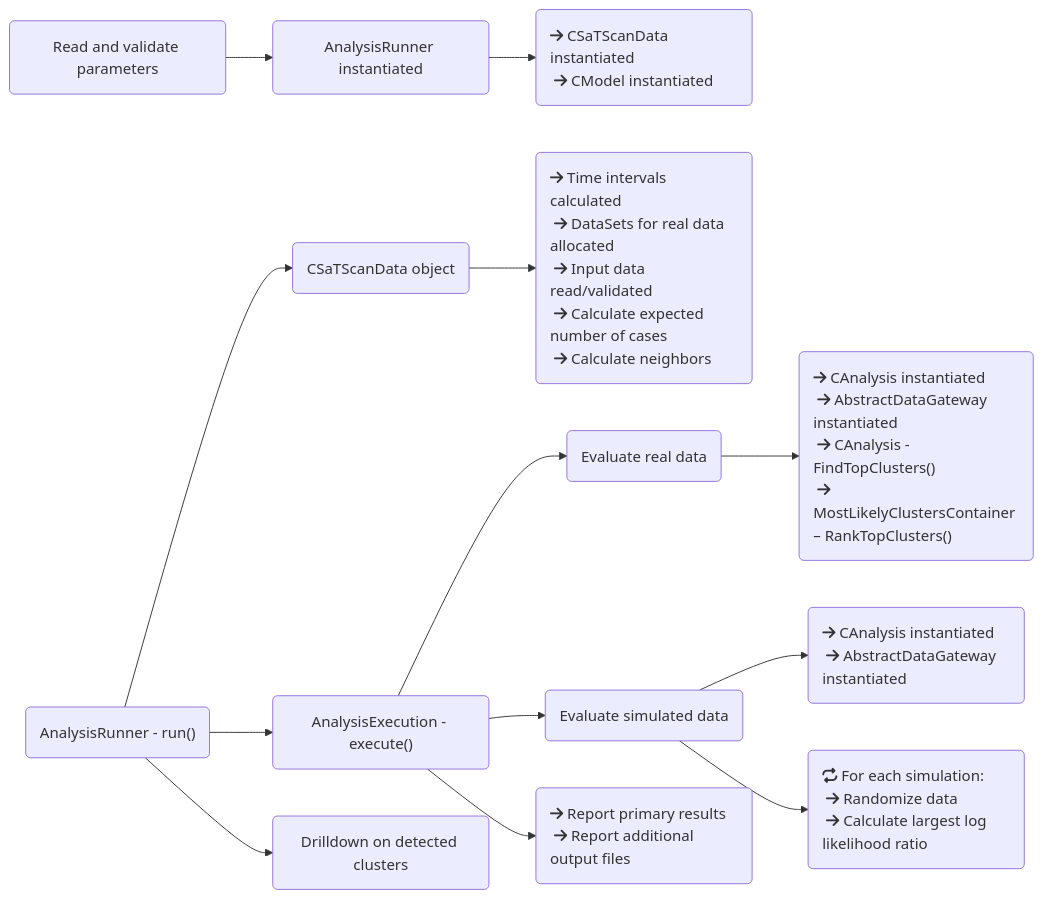
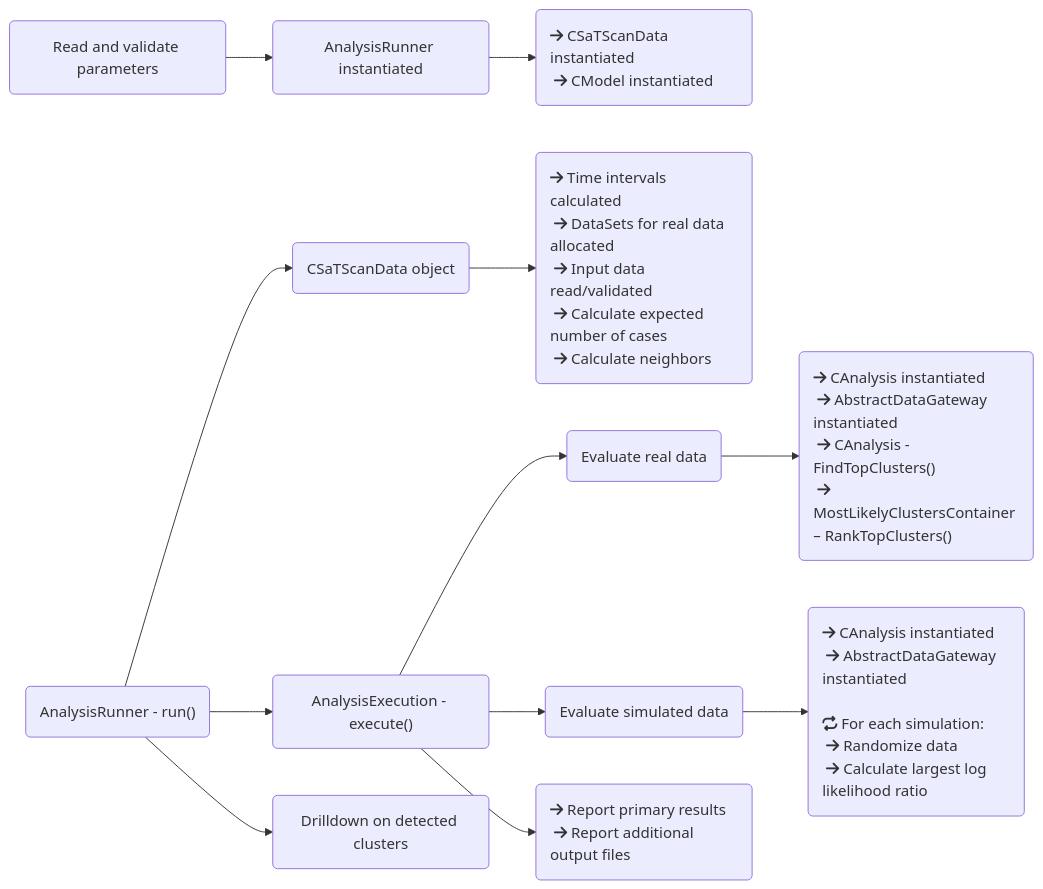
Before and after one commit to scanstatistics/satscan: the second of 2 diagrams in architectural.md, drawn with Mermaid.

Commit message:
#66618 - revised flowchart

````diff
--- a/architectural.md
+++ b/architectural.md
@@ -262,21 +262,18 @@
 ```mermaid
 flowchart LR
     id1(Read and validate parameters) --> id2(AnalysisRunner instantiated) --> id3("fa:fa-arrow-right CSaTScanData instantiated<br> fa:fa-arrow-right CModel instantiated")
     id5("AnalysisRunner -  run()") --> id6(CSaTScanData object) --> id7(fa:fa-arrow-right Time intervals calculated<br> fa:fa-arrow-right DataSets for real data allocated<br> fa:fa-arrow-right Input data read/validated<br> fa:fa-arrow-right Calculate expected number of cases<br> fa:fa-arrow-right Calculate neighbors)
     id9("AnalysisExecution - execute()") -->id10("Evaluate real data") --> id11("fa:fa-arrow-right CAnalysis instantiated<br> fa:fa-arrow-right AbstractDataGateway instantiated<br> fa:fa-arrow-right CAnalysis - FindTopClusters()<br> fa:fa-arrow-right MostLikelyClustersContainer – RankTopClusters()")
-    id12("Evaluate simulated data") --> id13("fa:fa-arrow-right CAnalysis instantiated<br> fa:fa-arrow-right AbstractDataGateway instantiated")
-    id14("fa:fa-repeat For each simulation:<br> fa:fa-arrow-right Randomize data<br> fa:fa-arrow-right Calculate largest log likelihood ratio")
+    id12("Evaluate simulated data") --> id13("fa:fa-arrow-right CAnalysis instantiated<br> fa:fa-arrow-right AbstractDataGateway instantiated<br><br>fa:fa-repeat For each simulation:<br> fa:fa-arrow-right Randomize data<br> fa:fa-arrow-right Calculate largest log likelihood ratio")
     id15("fa:fa-arrow-right Report primary results<br> fa:fa-arrow-right Report additional output files")
     id16("Drilldown on detected clusters")
     id5 --> id9
     id9 --> id12
-    id12 --> id14
     id9 --> id15
     id5 --> id16
     style id3 text-align:left
     style id7 text-align:left
     style id11 text-align:left
     style id13 text-align:left
-    style id14 text-align:left
     style id15 text-align:left
 ```
````
